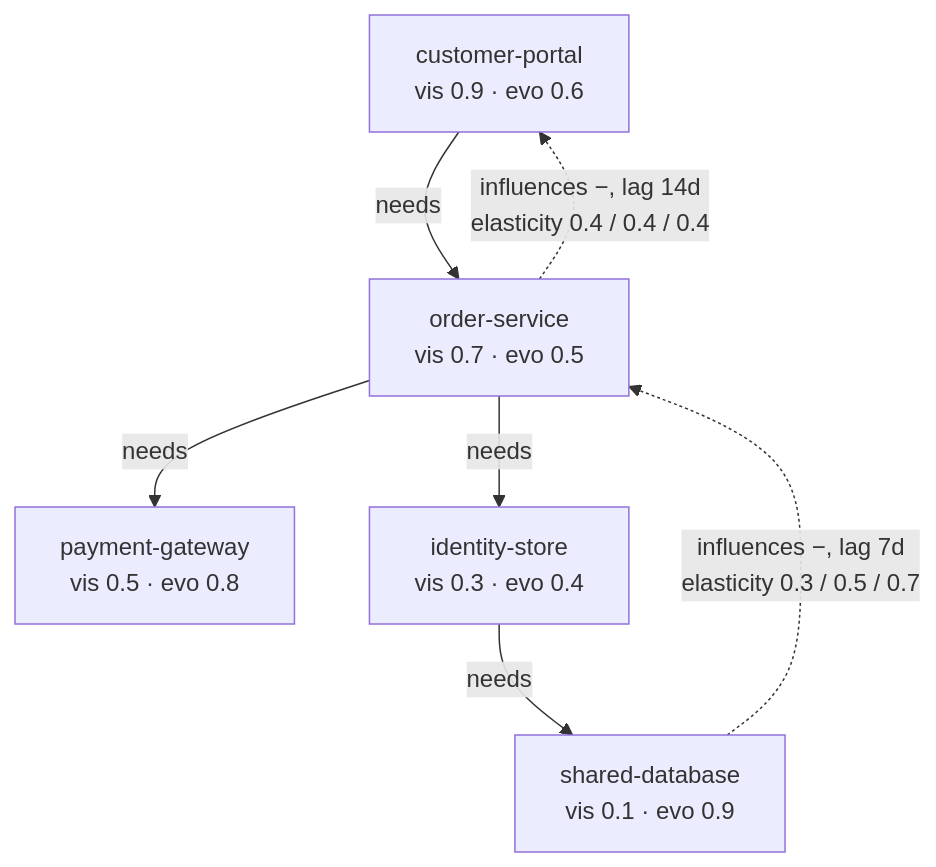
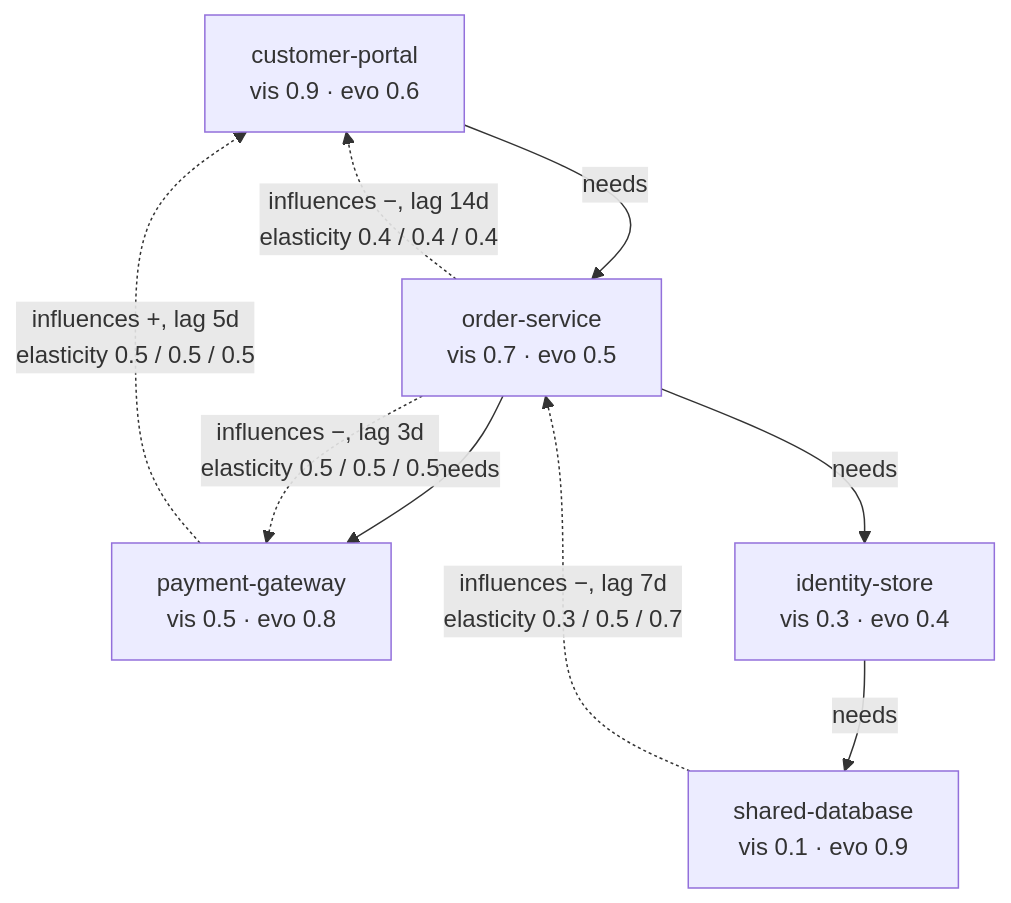
One commit to policy-as-versioned-flux/policy-as-versioned-flux changed the diagram in twin/pocket-org-worksheet.md. Above: the diagram before and after it, drawn with Mermaid. The commit also changed other lines of this file and 25 other files, not shown here.

````diff
--- a/twin/pocket-org-worksheet.md
+++ b/twin/pocket-org-worksheet.md
@@ -32,15 +33,17 @@
 ```mermaid
 flowchart TD
   CP["customer-portal<br/>vis 0.9 · evo 0.6"]
   OS["order-service<br/>vis 0.7 · evo 0.5"]
   PG["payment-gateway<br/>vis 0.5 · evo 0.8"]
   IS["identity-store<br/>vis 0.3 · evo 0.4"]
   DB["shared-database<br/>vis 0.1 · evo 0.9"]
 
   CP -- needs --> OS
   OS -- needs --> PG
   OS -- needs --> IS
   IS -- needs --> DB
   DB -. "influences −, lag 7d<br/>elasticity 0.3 / 0.5 / 0.7" .-> OS
   OS -. "influences −, lag 14d<br/>elasticity 0.4 / 0.4 / 0.4" .-> CP
+  OS -. "influences −, lag 3d<br/>elasticity 0.5 / 0.5 / 0.5" .-> PG
+  PG -. "influences +, lag 5d<br/>elasticity 0.5 / 0.5 / 0.5" .-> CP
 ```
````
